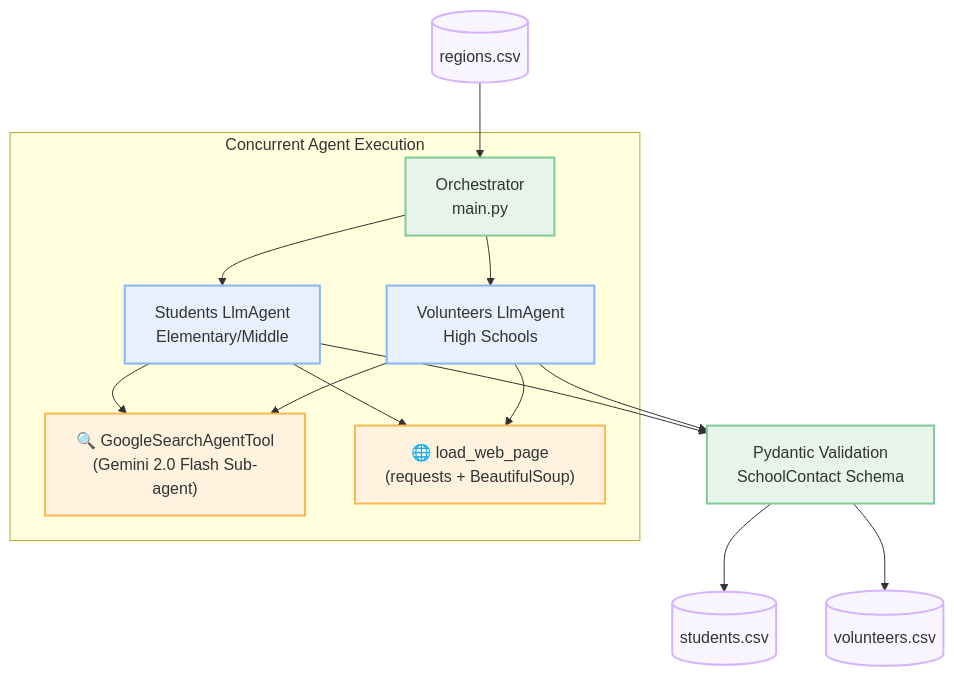
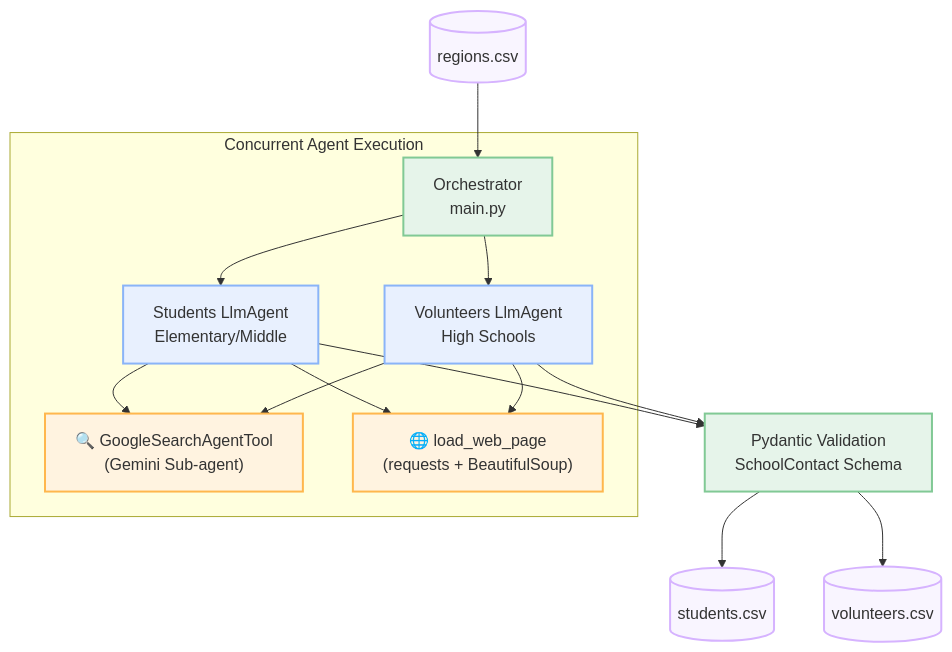
Before and after one commit to srtux/outreach: the diagram in README.md, drawn with Mermaid. The commit also changed other lines of this file and 6 other files, not shown here.

````diff
--- a/README.md
+++ b/README.md
@@ -34,22 +34,22 @@
 ```mermaid
 graph TD
     classDef io fill:#f9f5ff,stroke:#d6b3ff,stroke-width:2px,color:#333
     classDef logic fill:#e6f4ea,stroke:#81c995,stroke-width:2px,color:#333
     classDef agent fill:#e8f0fe,stroke:#8ab4f8,stroke-width:2px,color:#333
     classDef tools fill:#fff3e0,stroke:#ffb74d,stroke-width:2px,color:#333
 
     CSV[(regions.csv)]:::io --> Main[Orchestrator<br/>main.py]:::logic
     
     subgraph "Concurrent Agent Execution"
         Main --> SA[Students LlmAgent<br/>Elementary/Middle]:::agent
         Main --> VA[Volunteers LlmAgent<br/>High Schools]:::agent
 
-        SA & VA --> SubSearch["🔍 GoogleSearchAgentTool<br/>(Gemini 2.0 Flash Sub-agent)"]:::tools
+        SA & VA --> SubSearch["🔍 GoogleSearchAgentTool<br/>(Gemini Sub-agent)"]:::tools
         SA & VA --> WebScraper["🌐 load_web_page<br/>(requests + BeautifulSoup)"]:::tools
     end
     
     SA & VA --> Validator[Pydantic Validation<br/>SchoolContact Schema]:::logic
     
     Validator --> SC[(students.csv)]:::io
     Validator --> VC[(volunteers.csv)]:::io
 ```
````
